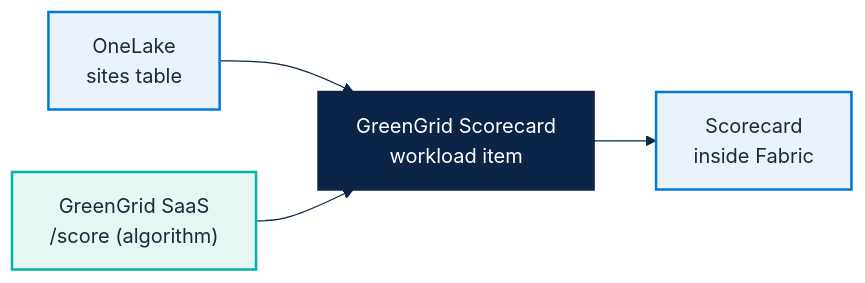
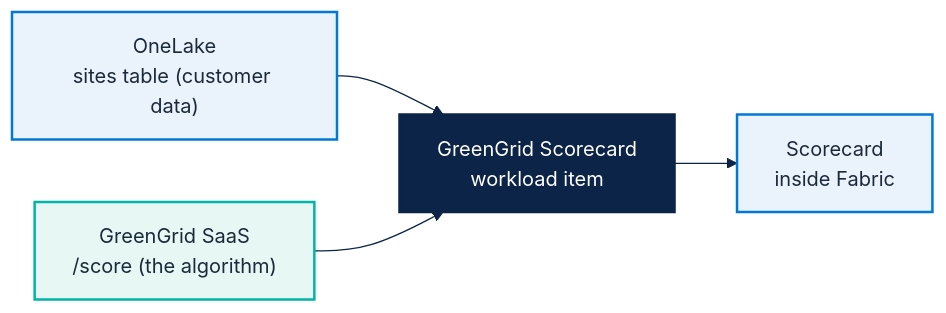
One commit to fredgis/FY27FabricMotion changed the diagram in docs/microhack-2-sdc-workloads-workbook.md. Above: the diagram before and after it, drawn with Mermaid. The commit also changed other lines of this file and 3 other files, not shown here.

First line of the commit message:
docs: make both workbooks didactic and fix PDF layout (tables, centered diagrams, framed images)

````diff
--- a/docs/microhack-2-sdc-workloads-workbook.md
+++ b/docs/microhack-2-sdc-workloads-workbook.md
@@ -59,13 +56,13 @@
 ```mermaid
 %%{init: {'theme':'base','themeVariables':{
   'primaryColor':'#E6F7F4','primaryTextColor':'#1B2A3A',
   'primaryBorderColor':'#00B4A6','lineColor':'#0B2447','secondaryColor':'#EAF3FB'}}}%%
 flowchart LR
-    O["OneLake<br/>sites table"] --> W["GreenGrid Scorecard<br/>workload item"]
-    SA["GreenGrid SaaS<br/>/score (algorithm)"] --> W
+    O["OneLake<br/>sites table (customer data)"] --> W["GreenGrid Scorecard<br/>workload item"]
+    SA["GreenGrid SaaS<br/>/score (the algorithm)"] --> W
     W --> R["Scorecard<br/>inside Fabric"]
     classDef fab fill:#EAF3FB,stroke:#0078D4,color:#1B2A3A,stroke-width:2px;
     classDef saas fill:#E6F7F4,stroke:#00B4A6,color:#1B2A3A,stroke-width:2px;
     classDef out fill:#0B2447,stroke:#0B2447,color:#FFFFFF,stroke-width:2px;
     class O,R fab; class SA saas; class W out;
 ```
````
